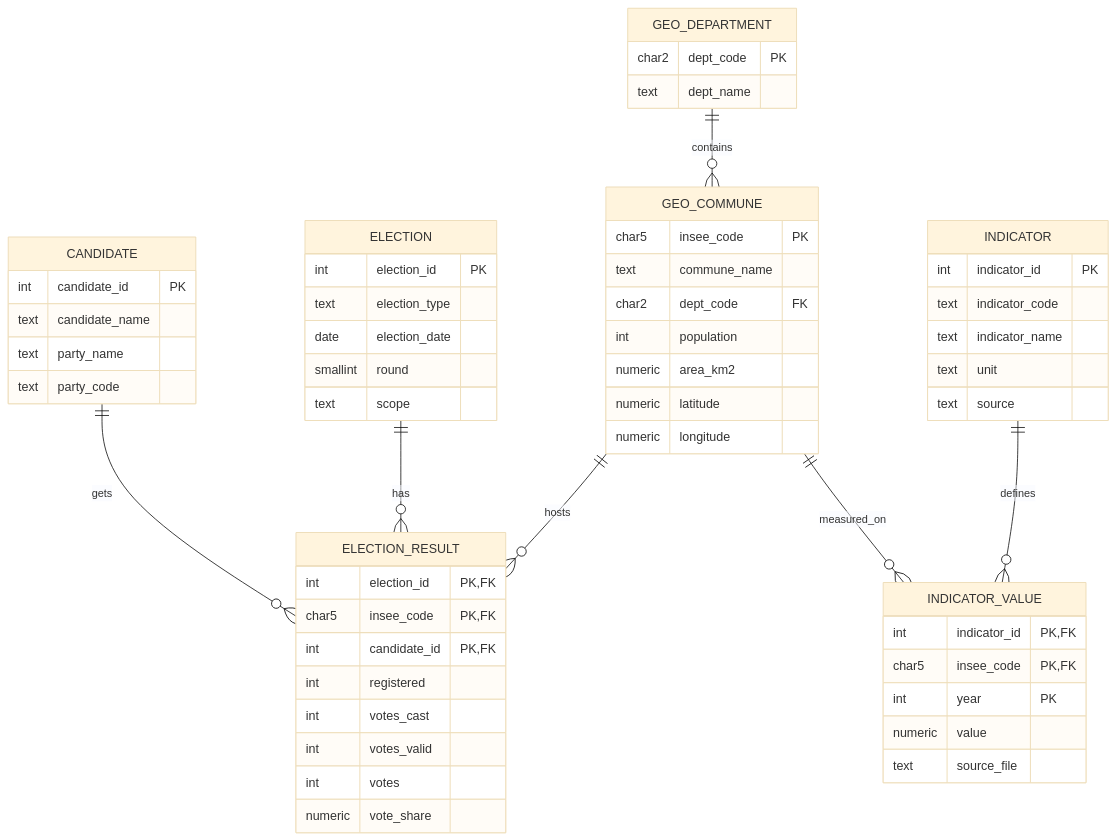
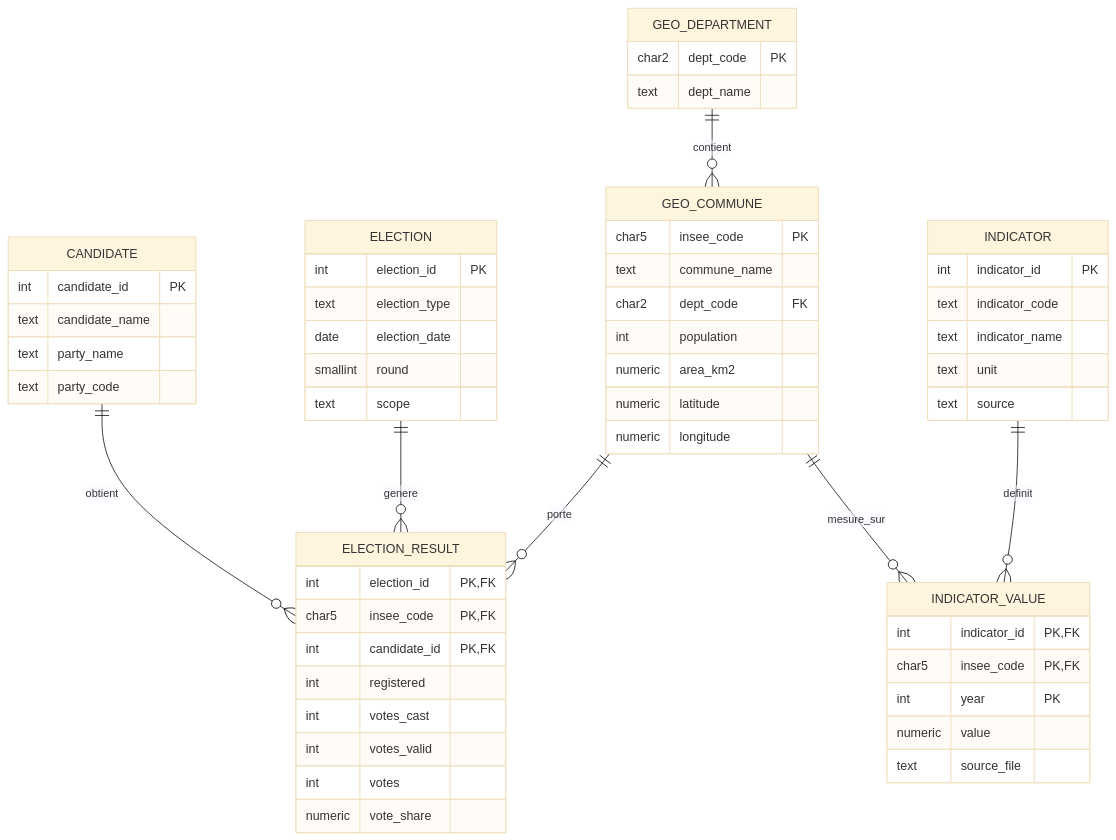
The diagram in docs/mcd.md (thedragongui/mspr), drawn with Mermaid (base theme) before and after one commit. The commit also changed other lines of this file and 8 other files, not shown here.

````diff
--- a/docs/mcd.md
+++ b/docs/mcd.md
@@ -42,66 +52,70 @@
 ```mermaid
 erDiagram
-    GEO_DEPARTMENT ||--o{ GEO_COMMUNE : contains
-    GEO_COMMUNE ||--o{ ELECTION_RESULT : hosts
-    ELECTION ||--o{ ELECTION_RESULT : has
-    CANDIDATE ||--o{ ELECTION_RESULT : gets
-    INDICATOR ||--o{ INDICATOR_VALUE : defines
-    GEO_COMMUNE ||--o{ INDICATOR_VALUE : measured_on
+    GEO_DEPARTMENT ||--o{ GEO_COMMUNE : contient
+    GEO_COMMUNE ||--o{ ELECTION_RESULT : porte
+    ELECTION ||--o{ ELECTION_RESULT : genere
+    CANDIDATE ||--o{ ELECTION_RESULT : obtient
+    INDICATOR ||--o{ INDICATOR_VALUE : definit
+    GEO_COMMUNE ||--o{ INDICATOR_VALUE : mesure_sur
+
+    %% Domaines metier utilises:
+    %% ELECTION.election_type = presidentielle | municipale
+    %% ELECTION.scope = departement | commune
 
     GEO_DEPARTMENT {
         char2 dept_code PK
         text dept_name
     }
 
     GEO_COMMUNE {
         char5 insee_code PK
         text commune_name
         char2 dept_code FK
         int population
         numeric area_km2
         numeric latitude
         numeric longitude
     }
 
     ELECTION {
         int election_id PK
         text election_type
         date election_date
         smallint round
         text scope
     }
 
     CANDIDATE {
         int candidate_id PK
         text candidate_name
         text party_name
         text party_code
     }
 
     ELECTION_RESULT {
         int election_id PK,FK
         char5 insee_code PK,FK
         int candidate_id PK,FK
         int registered
         int votes_cast
         int votes_valid
         int votes
         numeric vote_share
     }
 
     INDICATOR {
         int indicator_id PK
         text indicator_code
         text indicator_name
         text unit
         text source
     }
 
     INDICATOR_VALUE {
         int indicator_id PK,FK
         char5 insee_code PK,FK
         int year PK
         numeric value
         text source_file
     }
 ```
````
